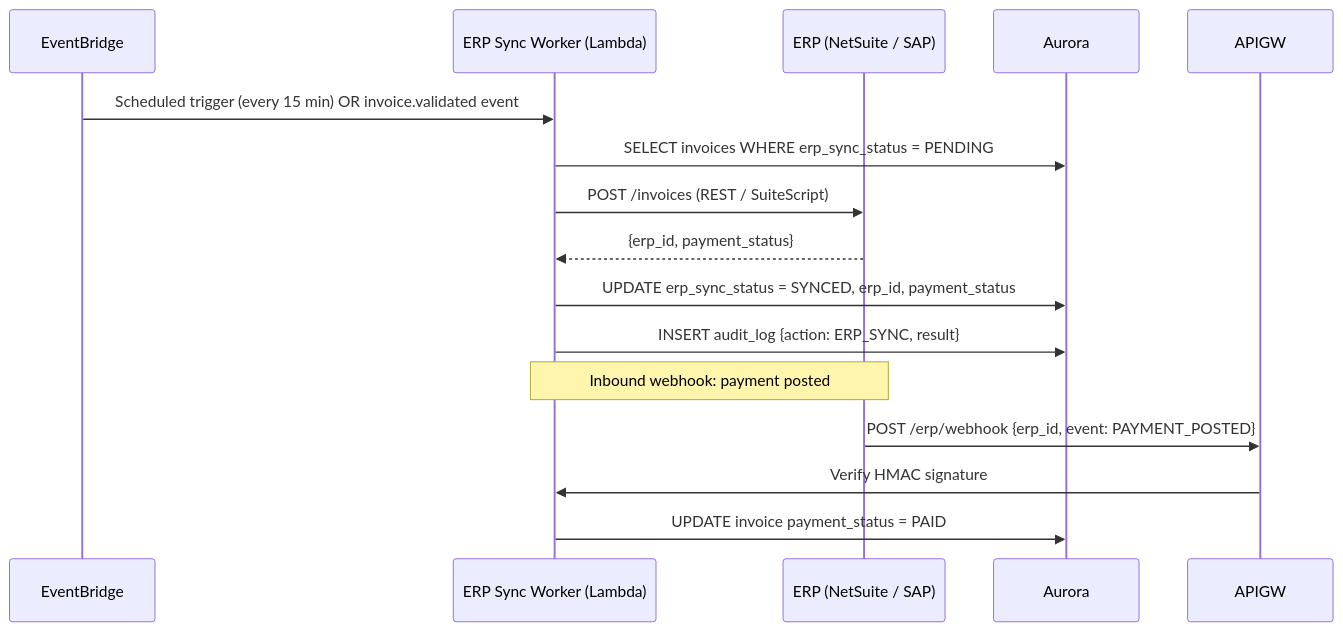
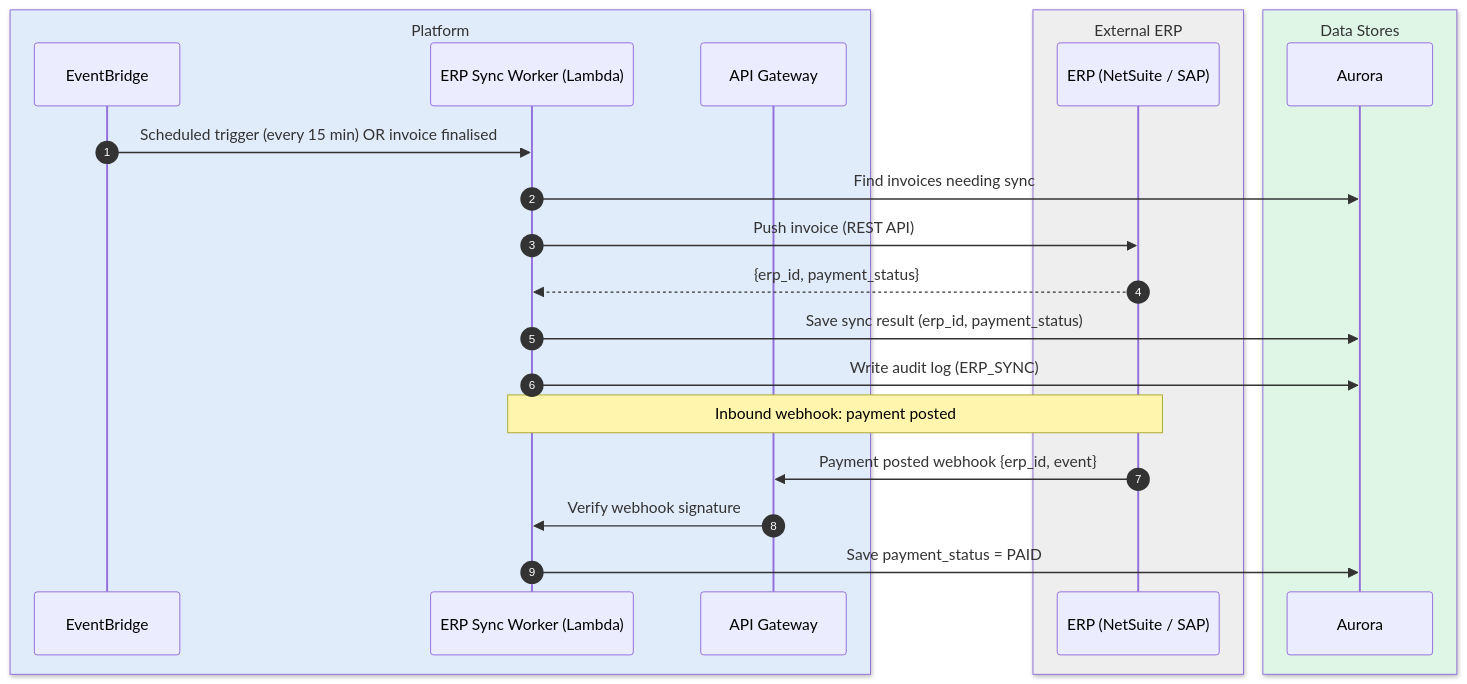
Before and after one commit to asloth/b2bplatform-receipts: the sixth of 6 diagrams in docs/01-system-design.md, drawn with Mermaid. The commit also changed other lines of this file and 4 other files, not shown here.

````diff
--- a/docs/01-system-design.md
+++ b/docs/01-system-design.md
@@ -178,19 +250,27 @@
 ```mermaid
 sequenceDiagram
+    autonumber
+    box rgb(225,236,250) Platform
     participant EventBridge
     participant ERPWorker as ERP Sync Worker (Lambda)
+    participant APIGW as API Gateway
+    end
+    box rgb(238,238,238) External ERP
     participant NetSuite as ERP (NetSuite / SAP)
+    end
+    box rgb(223,246,231) Data Stores
     participant Aurora
+    end
 
-    EventBridge->>ERPWorker: Scheduled trigger (every 15 min) OR invoice.validated event
-    ERPWorker->>Aurora: SELECT invoices WHERE erp_sync_status = PENDING
-    ERPWorker->>NetSuite: POST /invoices (REST / SuiteScript)
+    EventBridge->>ERPWorker: Scheduled trigger (every 15 min) OR invoice finalised
+    ERPWorker->>Aurora: Find invoices needing sync
+    ERPWorker->>NetSuite: Push invoice (REST API)
     NetSuite-->>ERPWorker: {erp_id, payment_status}
-    ERPWorker->>Aurora: UPDATE erp_sync_status = SYNCED, erp_id, payment_status
-    ERPWorker->>Aurora: INSERT audit_log {action: ERP_SYNC, result}
+    ERPWorker->>Aurora: Save sync result (erp_id, payment_status)
+    ERPWorker->>Aurora: Write audit log (ERP_SYNC)
 
     Note over NetSuite, ERPWorker: Inbound webhook: payment posted
-    NetSuite->>APIGW: POST /erp/webhook {erp_id, event: PAYMENT_POSTED}
-    APIGW->>ERPWorker: Verify HMAC signature
-    ERPWorker->>Aurora: UPDATE invoice payment_status = PAID
+    NetSuite->>APIGW: Payment posted webhook {erp_id, event}
+    APIGW->>ERPWorker: Verify webhook signature
+    ERPWorker->>Aurora: Save payment_status = PAID
 ```
````
